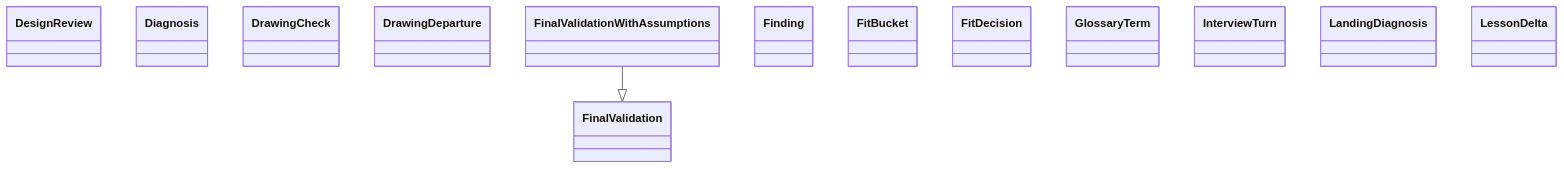
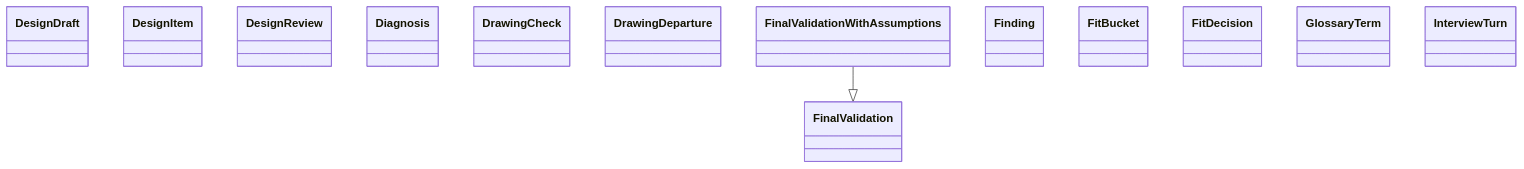
Before and after one commit to GonzaloZevallos/agentic-system: the diagram in docs/architecture/generated/classes-process-domain-roles-3.md, drawn with Mermaid. The commit also changed other lines of this file and 4 other files, not shown here.

Commit message:
Regenerate the architecture diagrams: the interviewer role's schema changed

````diff
--- a/docs/architecture/generated/classes-process-domain-roles-3.md
+++ b/docs/architecture/generated/classes-process-domain-roles-3.md
@@ -30,17 +30,17 @@
 ```mermaid
 classDiagram
+    class schemas__DesignDraft["DesignDraft"]
+    class schemas__DesignItem["DesignItem"]
     class schemas__DesignReview["DesignReview"]
     class schemas__Diagnosis["Diagnosis"]
     class schemas__DrawingCheck["DrawingCheck"]
     class schemas__DrawingDeparture["DrawingDeparture"]
     class schemas__FinalValidation["FinalValidation"]
     class schemas__FinalValidationWithAssumptions["FinalValidationWithAssumptions"]
     class schemas__Finding["Finding"]
     class schemas__FitBucket["FitBucket"]
     class schemas__FitDecision["FitDecision"]
     class schemas__GlossaryTerm["GlossaryTerm"]
     class schemas__InterviewTurn["InterviewTurn"]
-    class schemas__LandingDiagnosis["LandingDiagnosis"]
-    class schemas__LessonDelta["LessonDelta"]
     schemas__FinalValidationWithAssumptions --|> schemas__FinalValidation
 ```
````
